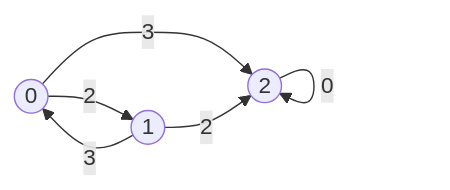
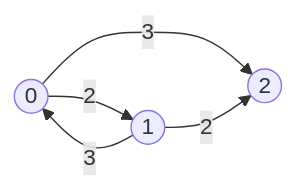
The diagram in src/Graph.md (Guignet/Graph-Maid), drawn with Mermaid before and after one commit. The commit also changed 2 other files, not shown here.

Commit message:
it work now

````diff
--- a/src/Graph.md
+++ b/src/Graph.md
@@ -1,11 +1,10 @@
 ```mermaid
 graph LR
 A((0))
 B((1))
 C((2))
 A -->|2| B
 A -->|3| C
 B -->|3| A
 B -->|2| C
-C -->|0| C
 ```
````
